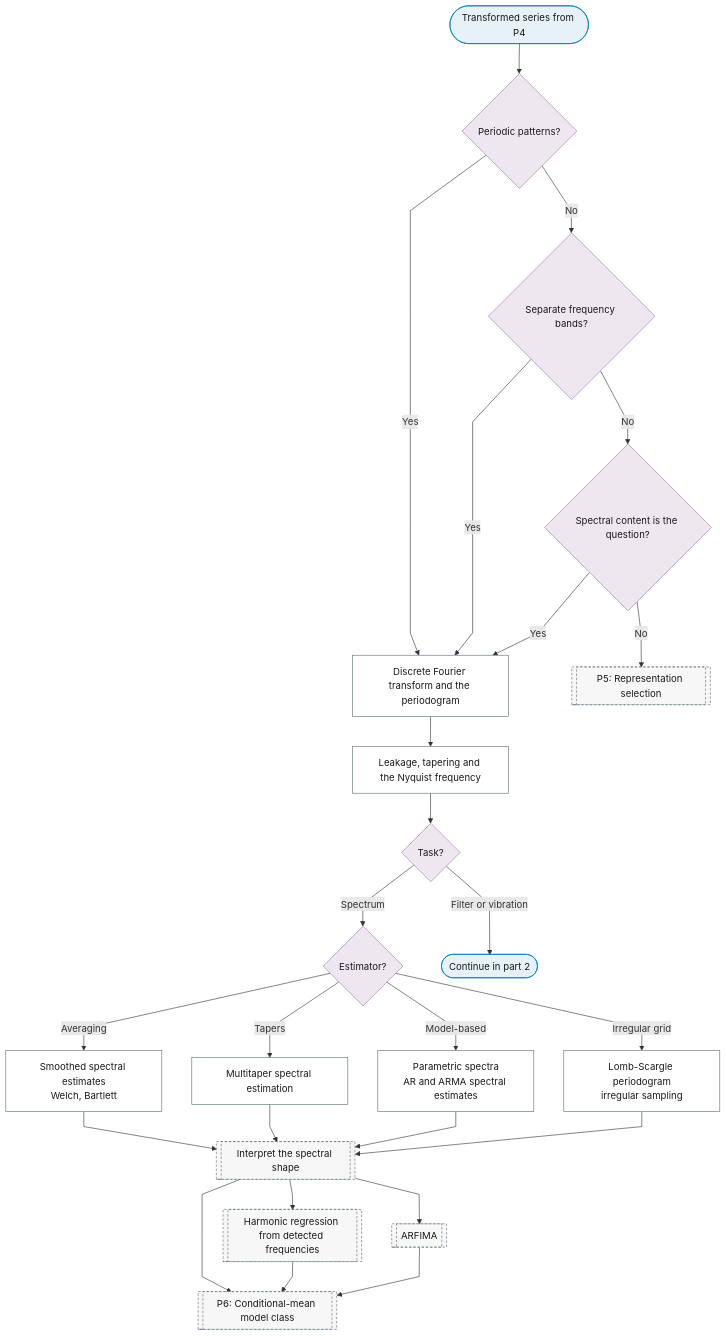
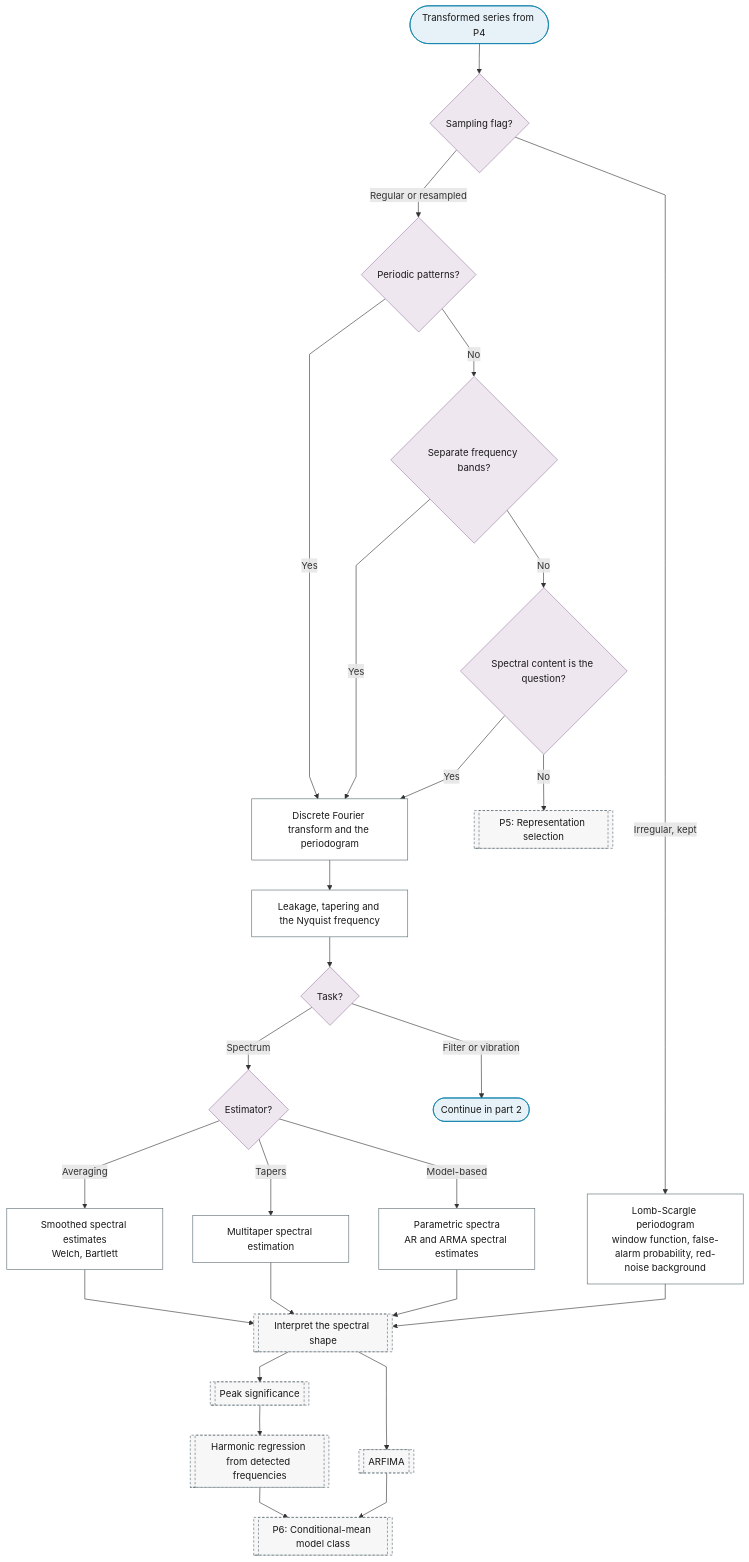
Before and after one commit to Shuxin-Y/time-series-analysis-manual: the first of 2 diagrams in docs/01-workflow/p05-representation/02-frequency-domain.md, drawn with Mermaid. The commit also changed other lines of this file and 8 other files, not shown here.

First line of the commit message:
feat(p5): sampling gate and signal-criteria representation charts

````diff
--- a/docs/01-workflow/p05-representation/02-frequency-domain.md
+++ b/docs/01-workflow/p05-representation/02-frequency-domain.md
@@ -9,35 +9,37 @@
 ```mermaid
 %%{init: {"flowchart": {"curve": "linear"}}}%%
 graph TD
-    P5_FD_IN(["Transformed series from P4"]) --> P5_FD_PERIODIC{"Periodic patterns?"}
+    P5_FD_IN(["Transformed series from P4"]) --> P5_FD_GRID{"Sampling flag?"}
+    P5_FD_GRID -->|"Irregular, kept"| P5_FD_LOMB_SCARGLE["Lomb-Scargle periodogram<br/>window function, false-alarm probability, red-noise background"]
+    P5_FD_GRID -->|"Regular or resampled"| P5_FD_PERIODIC{"Periodic patterns?"}
     P5_FD_PERIODIC -->|"Yes"| P5_FD_DFT["Discrete Fourier transform and the periodogram"]
     P5_FD_PERIODIC -->|"No"| P5_FD_BANDS{"Separate frequency bands?"}
     P5_FD_BANDS -->|"Yes"| P5_FD_DFT
     P5_FD_BANDS -->|"No"| P5_FD_SPECTRAL{"Spectral content is the question?"}
     P5_FD_SPECTRAL -->|"Yes"| P5_FD_DFT
     P5_FD_SPECTRAL -->|"No"| P5[["P5: Representation selection"]]
     P5_FD_DFT --> P5_FD_LEAKAGE["Leakage, tapering and the Nyquist frequency"]
     P5_FD_LEAKAGE --> P5_FD_TASK{"Task?"}
     P5_FD_TASK -->|"Spectrum"| P5_FD_ESTIMATOR{"Estimator?"}
     P5_FD_TASK -->|"Filter or vibration"| P5_FD_TO_PART_2(["Continue in part 2"])
     P5_FD_ESTIMATOR -->|"Averaging"| P5_FD_SMOOTHED["Smoothed spectral estimates<br/>Welch, Bartlett"]
     P5_FD_ESTIMATOR -->|"Tapers"| P5_FD_MULTITAPER["Multitaper spectral estimation"]
     P5_FD_ESTIMATOR -->|"Model-based"| P5_FD_PARAMETRIC["Parametric spectra<br/>AR and ARMA spectral estimates"]
-    P5_FD_ESTIMATOR -->|"Irregular grid"| P5_FD_LOMB_SCARGLE["Lomb-Scargle periodogram<br/>irregular sampling"]
     P5_FD_SMOOTHED & P5_FD_MULTITAPER & P5_FD_PARAMETRIC & P5_FD_LOMB_SCARGLE --> P0_SP_SPECTRAL_SHAPE[["Interpret the spectral shape"]]
-    P0_SP_SPECTRAL_SHAPE --> P0_SP_HARMONIC_REGRESSION[["Harmonic regression from detected frequencies"]]
+    P0_SP_SPECTRAL_SHAPE --> P0_SP_PEAK_SIGNIFICANCE[["Peak significance"]]
+    P0_SP_PEAK_SIGNIFICANCE --> P0_SP_HARMONIC_REGRESSION[["Harmonic regression from detected frequencies"]]
     P0_SP_SPECTRAL_SHAPE --> P6_ARFIMA[["ARFIMA"]]
-    P0_SP_SPECTRAL_SHAPE & P0_SP_HARMONIC_REGRESSION & P6_ARFIMA --> P6[["P6: Conditional-mean model class"]]
+    P0_SP_HARMONIC_REGRESSION & P6_ARFIMA --> P6[["P6: Conditional-mean model class"]]
     class P5_FD_IN,P5_FD_TO_PART_2 terminator
-    class P5_FD_PERIODIC,P5_FD_BANDS,P5_FD_SPECTRAL,P5_FD_TASK,P5_FD_ESTIMATOR decision
+    class P5_FD_GRID,P5_FD_PERIODIC,P5_FD_BANDS,P5_FD_SPECTRAL,P5_FD_TASK,P5_FD_ESTIMATOR decision
     class P5_FD_DFT,P5_FD_LEAKAGE,P5_FD_SMOOTHED,P5_FD_MULTITAPER,P5_FD_PARAMETRIC,P5_FD_LOMB_SCARGLE process
-    class P5,P0_SP_SPECTRAL_SHAPE,P0_SP_HARMONIC_REGRESSION,P6_ARFIMA,P6 ref
+    class P5,P0_SP_SPECTRAL_SHAPE,P0_SP_PEAK_SIGNIFICANCE,P0_SP_HARMONIC_REGRESSION,P6_ARFIMA,P6 ref
     classDef terminator fill:#E6F2F7,stroke:#007BA7,color:#1A1A1A;
     classDef process fill:#FFFFFF,stroke:#5A6B73,color:#1A1A1A;
     classDef decision fill:#EFE7F0,stroke:#9B7FA7,color:#1A1A1A;
     classDef data fill:#FFF4E0,stroke:#C9A55E,color:#1A1A1A;
     classDef good fill:#DCEFD8,stroke:#4A7A3F,color:#1A1A1A;
     classDef escalate fill:#FFE9C2,stroke:#C9A55E,color:#1A1A1A;
     classDef problem fill:#F2D9DE,stroke:#800020,color:#1A1A1A;
     classDef ref fill:#F7F7F7,stroke:#5A6B73,color:#1A1A1A,stroke-dasharray:4 3;
 ```
````
